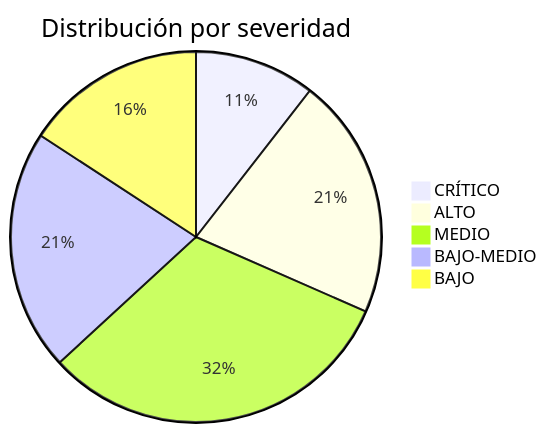
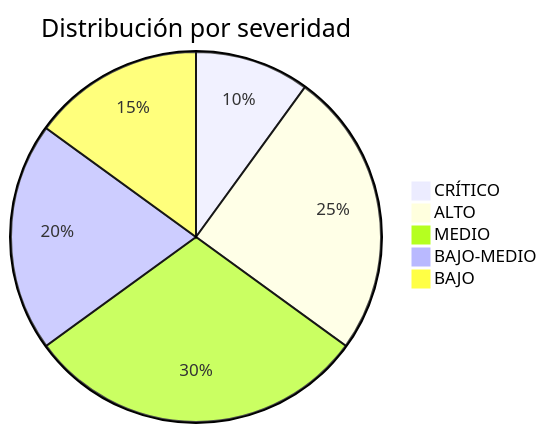
One commit to harrysxavio/opencode-architecture changed the first of 2 diagrams in docs/opencode-architecture/09-risk-register.md. Above: the diagram before and after it, drawn with Mermaid. The commit also changed other lines of this file and 4 other files, not shown here.

````diff
--- a/docs/opencode-architecture/09-risk-register.md
+++ b/docs/opencode-architecture/09-risk-register.md
@@ -66,8 +68,8 @@
 ```mermaid
 pie title Distribución por severidad
     "CRÍTICO" : 2
-    "ALTO" : 4
+    "ALTO" : 5
     "MEDIO" : 6
     "BAJO-MEDIO" : 4
     "BAJO" : 3
 ```
````
